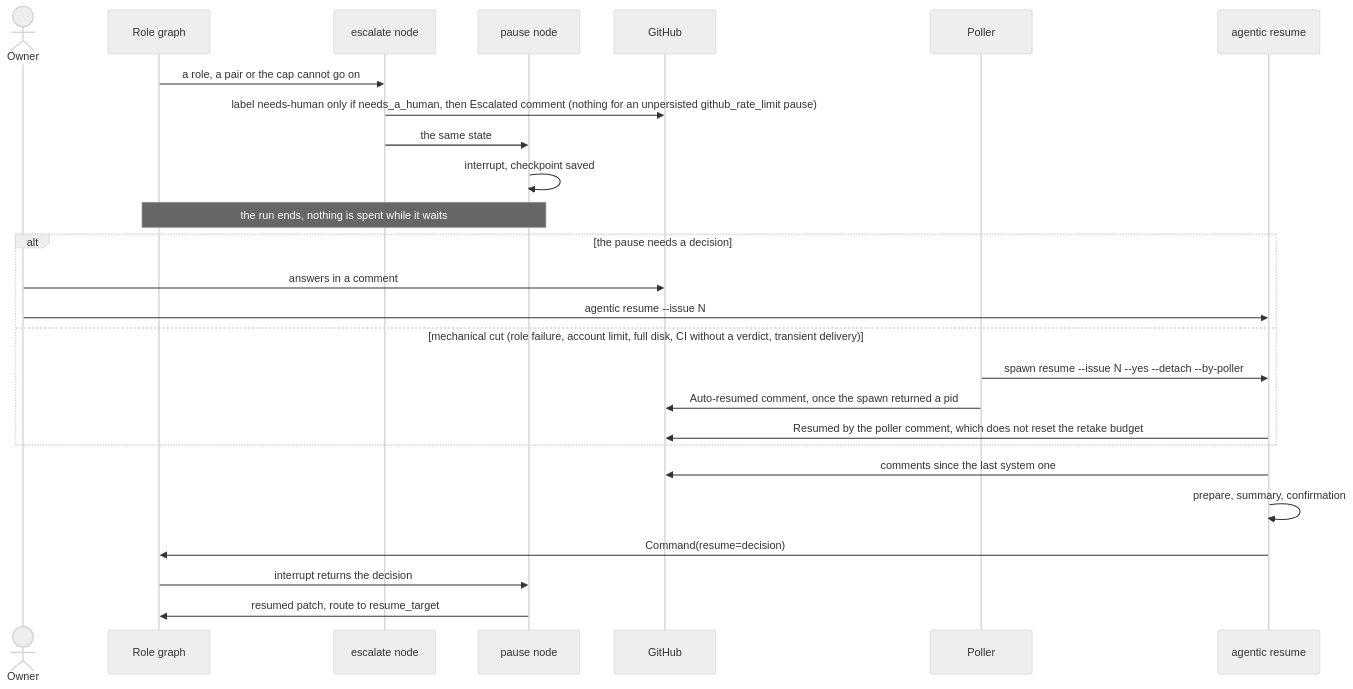
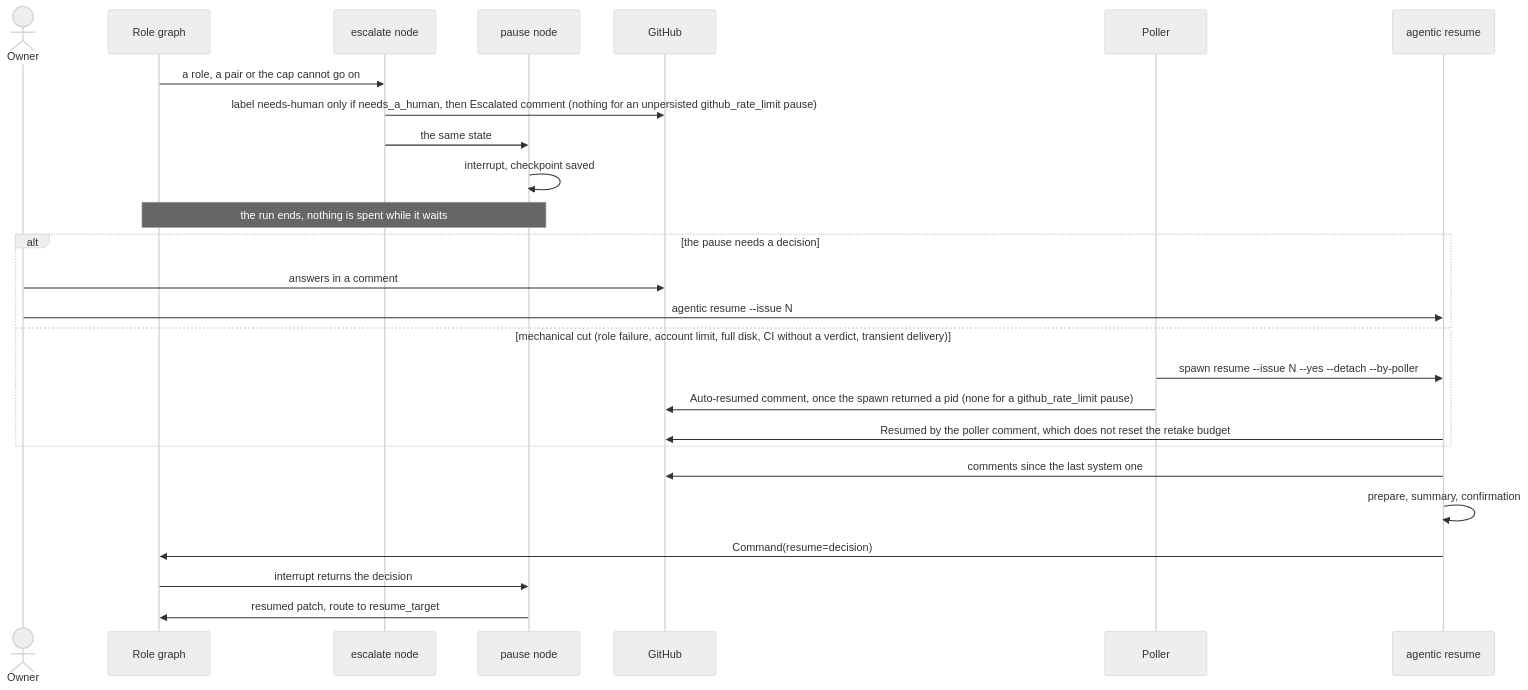
Before and after one commit to GonzaloZevallos/agentic-system: the diagram in docs/architecture/flujos/reanudacion.md, drawn with Mermaid (neutral theme). The commit also changed other lines of this file and 5 other files, not shown here.

First line of the commit message:
Post no Auto-resumed comment for a GitHub rate-limit retake; one place adds the reset offset; document the flow

````diff
--- a/docs/architecture/flujos/reanudacion.md
+++ b/docs/architecture/flujos/reanudacion.md
@@ -8,28 +8,28 @@
 ```mermaid
 sequenceDiagram
     actor Owner
     participant Graph as Role graph
     participant Escalate as escalate node
     participant Pause as pause node
     participant GitHub
     participant Poller
     participant Resume as agentic resume
     Graph->>Escalate: a role, a pair or the cap cannot go on
     Escalate->>GitHub: label needs-human only if needs_a_human, then Escalated comment (nothing for an unpersisted github_rate_limit pause)
     Escalate->>Pause: the same state
     Pause->>Pause: interrupt, checkpoint saved
     Note over Graph,Pause: the run ends, nothing is spent while it waits
     alt the pause needs a decision
         Owner->>GitHub: answers in a comment
         Owner->>Resume: agentic resume --issue N
     else mechanical cut (role failure, account limit, full disk, CI without a verdict, transient delivery)
         Poller->>Resume: spawn resume --issue N --yes --detach --by-poller
-        Poller->>GitHub: Auto-resumed comment, once the spawn returned a pid
+        Poller->>GitHub: Auto-resumed comment, once the spawn returned a pid (none for a github_rate_limit pause)
         Resume->>GitHub: Resumed by the poller comment, which does not reset the retake budget
     end
     Resume->>GitHub: comments since the last system one
     Resume->>Resume: prepare, summary, confirmation
     Resume->>Graph: Command(resume=decision)
     Graph->>Pause: interrupt returns the decision
     Pause->>Graph: resumed patch, route to resume_target
 ```
````
